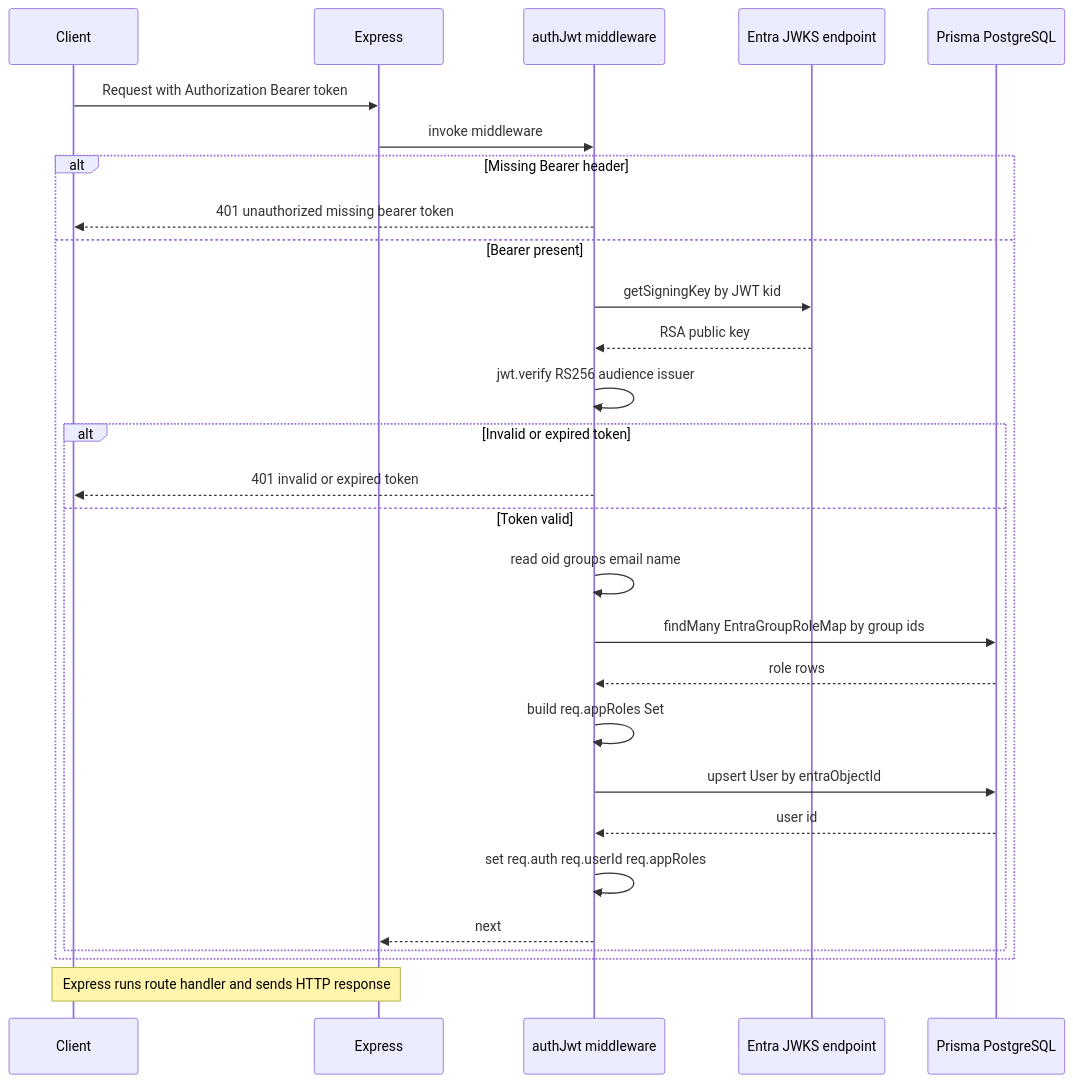
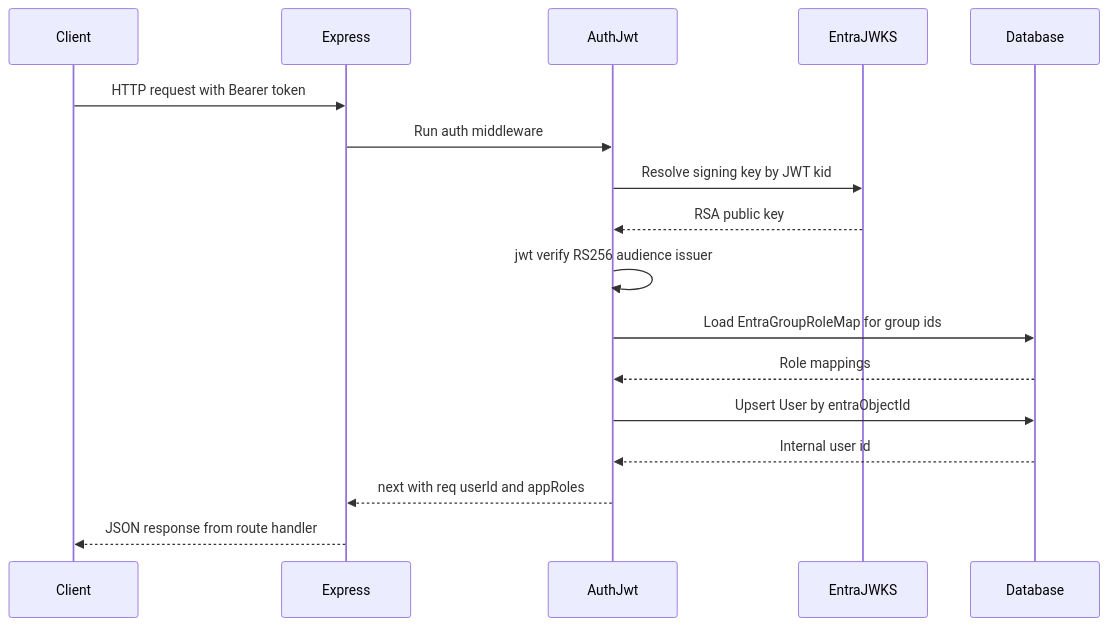
One commit to Amamer3/HRMS-backend changed the fifth of 9 diagrams in README.md. Above: the diagram before and after it, drawn with Mermaid. The commit also changed other lines of this file, not shown here.

Commit message:
Refactor README.md for clarity and consistency. Updated flowcharts to use concise labels, improved descriptions of components, and clarified the Docker setup. Enhanced the authentication flow diagram and added notes on token handling. Adjusted terminology for better understanding.

````diff
--- a/README.md
+++ b/README.md
@@ -190,32 +194,20 @@
 ```mermaid
 sequenceDiagram
   participant C as Client
   participant E as Express
-  participant M as authJwt middleware
-  participant J as Entra JWKS endpoint
-  participant D as Prisma PostgreSQL
+  participant M as AuthJwt
+  participant J as EntraJWKS
+  participant D as Database
 
-  C->>E: Request with Authorization Bearer token
-  E->>M: invoke middleware
-
-  alt Missing Bearer header
-    M-->>C: 401 unauthorized missing bearer token
-  else Bearer present
-    M->>J: getSigningKey by JWT kid
-    J-->>M: RSA public key
-    M->>M: jwt.verify RS256 audience issuer
-    alt Invalid or expired token
-      M-->>C: 401 invalid or expired token
-    else Token valid
-      M->>M: read oid groups email name
-      M->>D: findMany EntraGroupRoleMap by group ids
-      D-->>M: role rows
-      M->>M: build req.appRoles Set
-      M->>D: upsert User by entraObjectId
-      D-->>M: user id
-      M->>M: set req.auth req.userId req.appRoles
-      M-->>E: next
-    end
-  end
-  Note over E,C: Express runs route handler and sends HTTP response
+  C->>E: HTTP request with Bearer token
+  E->>M: Run auth middleware
+  M->>J: Resolve signing key by JWT kid
+  J-->>M: RSA public key
+  M->>M: jwt verify RS256 audience issuer
+  M->>D: Load EntraGroupRoleMap for group ids
+  D-->>M: Role mappings
+  M->>D: Upsert User by entraObjectId
+  D-->>M: Internal user id
+  M-->>E: next with req userId and appRoles
+  E-->>C: JSON response from route handler
 ```
````
